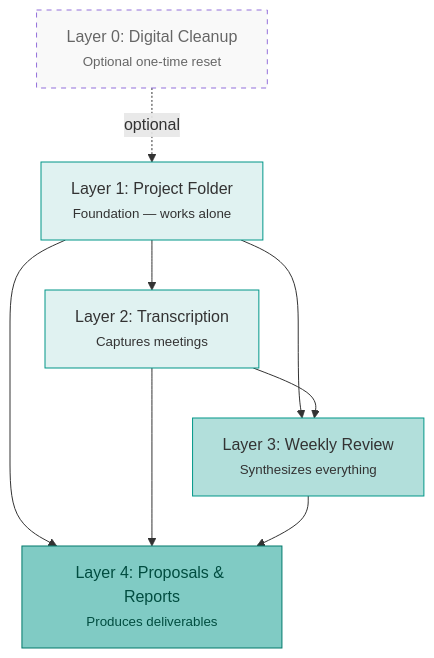
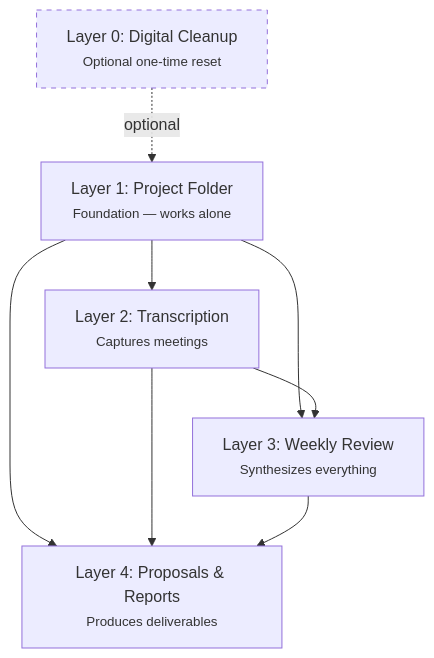
One commit to XiongfeiLi6/claudeblattman changed the diagram in docs/workflows/project-management.md. Above: the diagram before and after it, drawn with Mermaid. The commit also changed 2 other files, not shown here.

Commit message:
Remove homepage diagram, fix dark mode on remaining Mermaid diagrams
Delete three-tier diagram from homepage (didn't fit the page feel).
Remove hardcoded fill colors from project-management and granola
diagrams so they inherit theme-aware colors in dark mode.

````diff
--- a/docs/workflows/project-management.md
+++ b/docs/workflows/project-management.md
@@ -223,22 +223,18 @@
 ```mermaid
 graph TD
     L0["Layer 0: Digital Cleanup<br/><small>Optional one-time reset</small>"]
     L1["Layer 1: Project Folder<br/><small>Foundation — works alone</small>"]
     L2["Layer 2: Transcription<br/><small>Captures meetings</small>"]
     L3["Layer 3: Weekly Review<br/><small>Synthesizes everything</small>"]
     L4["Layer 4: Proposals & Reports<br/><small>Produces deliverables</small>"]
 
     L0 -.->|optional| L1
     L1 --> L2
     L1 --> L3
     L2 --> L3
     L1 --> L4
     L2 --> L4
     L3 --> L4
 
-    style L0 stroke-dasharray: 5 5, fill:#f9f9f9, color:#666
-    style L1 fill:#e0f2f1, stroke:#009688
-    style L2 fill:#e0f2f1, stroke:#009688
-    style L3 fill:#b2dfdb, stroke:#009688
-    style L4 fill:#80cbc4, stroke:#00796b, color:#004d40
+    style L0 stroke-dasharray: 5 5
 ```
````
